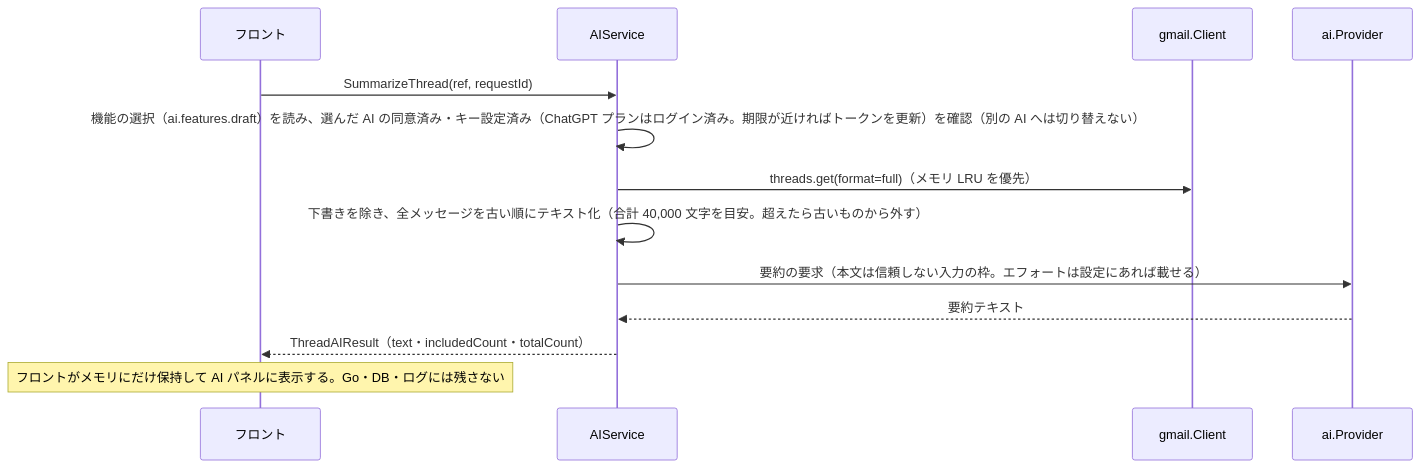
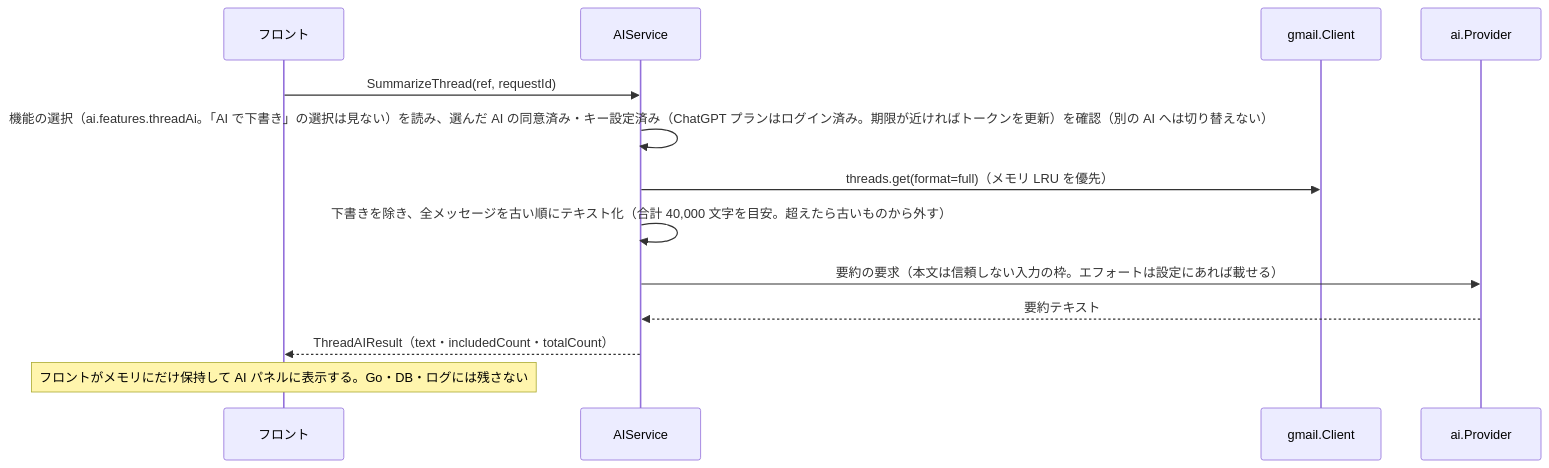
One commit to ousiassllc/hitomado changed the eighth of 10 diagrams in docs/architecture/overview.md. Above: the diagram before and after it, drawn with Mermaid. The commit also changed other lines of this file and 73 other files, not shown here.

````diff
--- a/docs/architecture/overview.md
+++ b/docs/architecture/overview.md
@@ -346,15 +346,15 @@
 ```mermaid
 sequenceDiagram
   participant FE as フロント
   participant AI as AIService
   participant GM as gmail.Client
   participant PV as ai.Provider
   FE->>AI: SummarizeThread(ref, requestId)
-  AI->>AI: 機能の選択（ai.features.draft）を読み、選んだ AI の同意済み・キー設定済み（ChatGPT プランはログイン済み。期限が近ければトークンを更新）を確認（別の AI へは切り替えない）
+  AI->>AI: 機能の選択（ai.features.threadAi。「AI で下書き」の選択は見ない）を読み、選んだ AI の同意済み・キー設定済み（ChatGPT プランはログイン済み。期限が近ければトークンを更新）を確認（別の AI へは切り替えない）
   AI->>GM: threads.get(format=full)（メモリ LRU を優先）
   AI->>AI: 下書きを除き、全メッセージを古い順にテキスト化（合計 40,000 文字を目安。超えたら古いものから外す）
   AI->>PV: 要約の要求（本文は信頼しない入力の枠。エフォートは設定にあれば載せる）
   PV-->>AI: 要約テキスト
   AI-->>FE: ThreadAIResult（text・includedCount・totalCount）
   Note over FE: フロントがメモリにだけ保持して AI パネルに表示する。Go・DB・ログには残さない
 ```
````
